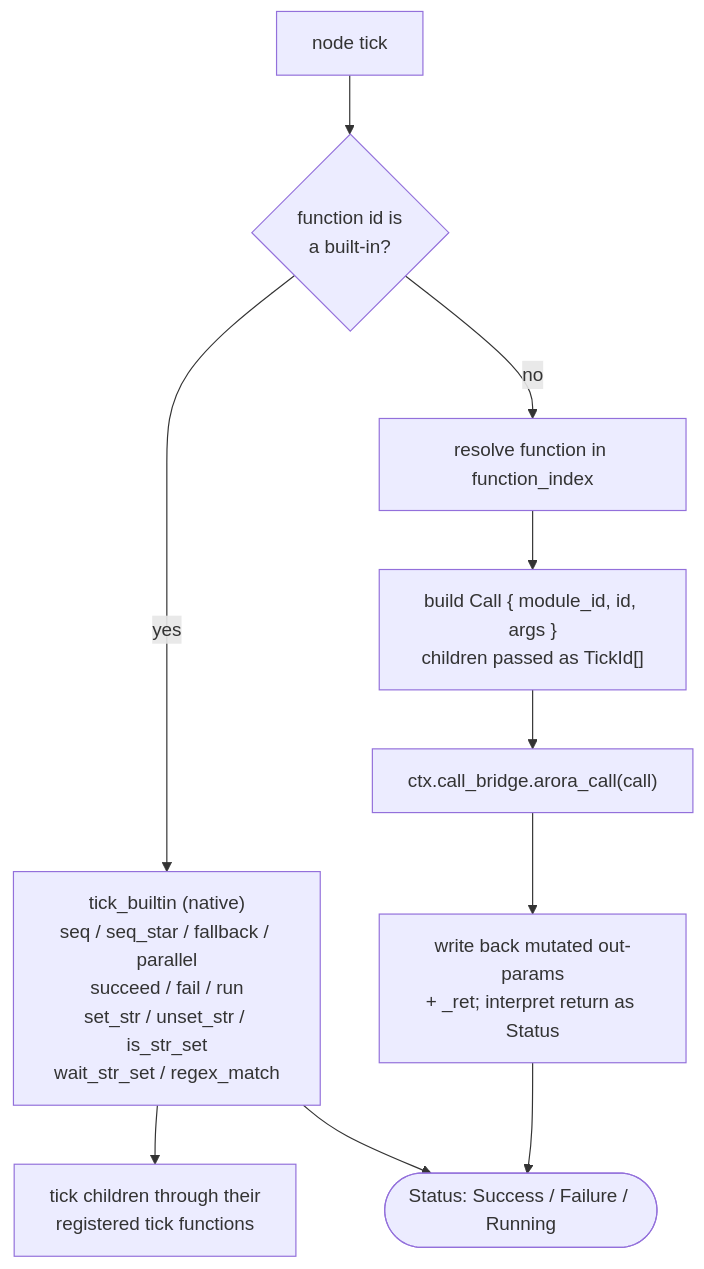
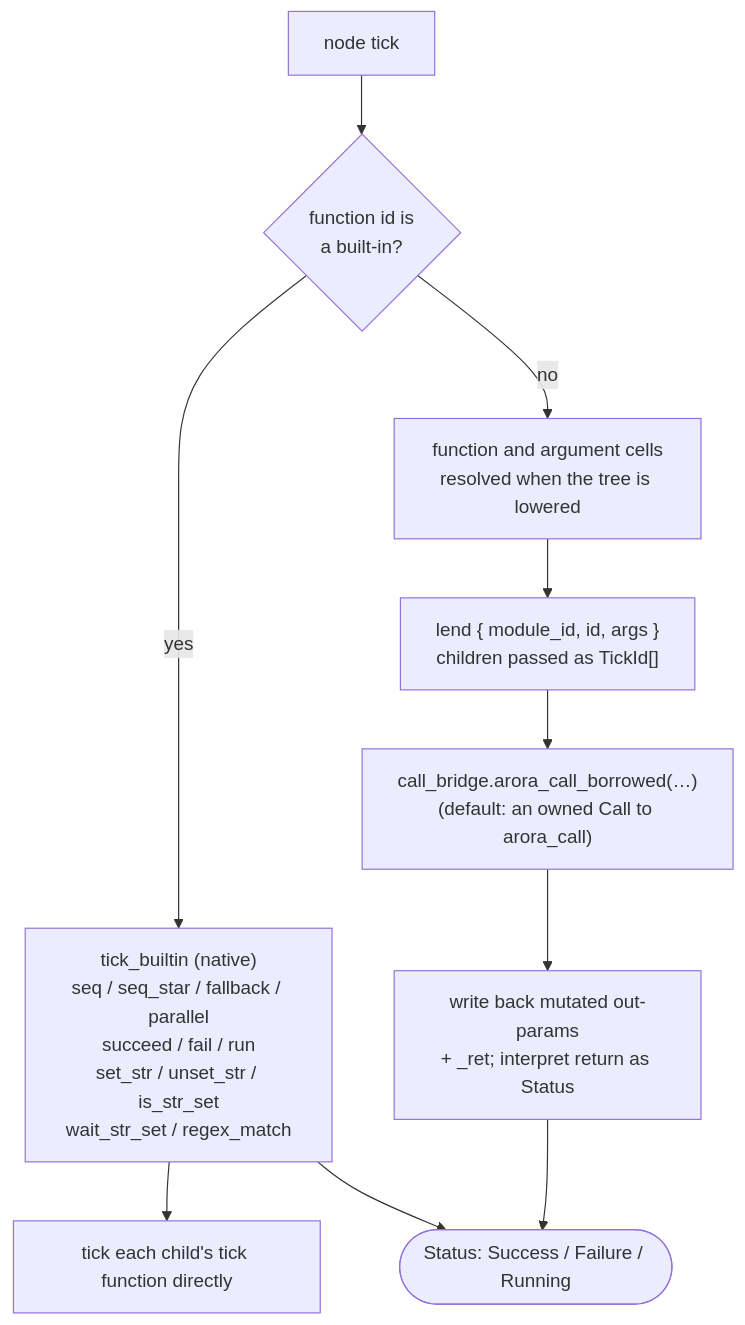
One commit to semio-ai/arora-sdk changed the first of 2 diagrams in crates/arora-behavior-tree/docs/nodes.md. Above: the diagram before and after it, drawn with Mermaid. The commit also changed other lines of this file and 9 other files, not shown here.

First line of the commit message:
Tick native children directly and lend attached module-call arguments

````diff
--- a/crates/arora-behavior-tree/docs/nodes.md
+++ b/crates/arora-behavior-tree/docs/nodes.md
@@ -79,12 +79,12 @@
 ```mermaid
 flowchart TB
   tick["node tick"] --> builtin{"function id is<br/>a built-in?"}
   builtin -- yes --> native["tick_builtin (native)<br/>seq / seq_star / fallback / parallel<br/>succeed / fail / run<br/>set_str / unset_str / is_str_set<br/>wait_str_set / regex_match"]
-  native --> children["tick children through their<br/>registered tick functions"]
-  builtin -- no --> resolve["resolve function in function_index"]
-  resolve --> buildcall["build Call { module_id, id, args }<br/>children passed as TickId[]"]
-  buildcall --> engine["ctx.call_bridge.arora_call(call)"]
+  native --> children["tick each child's tick function directly"]
+  builtin -- no --> resolve["function and argument cells<br/>resolved when the tree is lowered"]
+  resolve --> buildcall["lend { module_id, id, args }<br/>children passed as TickId[]"]
+  buildcall --> engine["call_bridge.arora_call_borrowed(…)<br/>(default: an owned Call to arora_call)"]
   engine --> writeback["write back mutated out-params<br/>+ _ret; interpret return as Status"]
   native --> status(["Status: Success / Failure / Running"])
   writeback --> status
 ```
````
